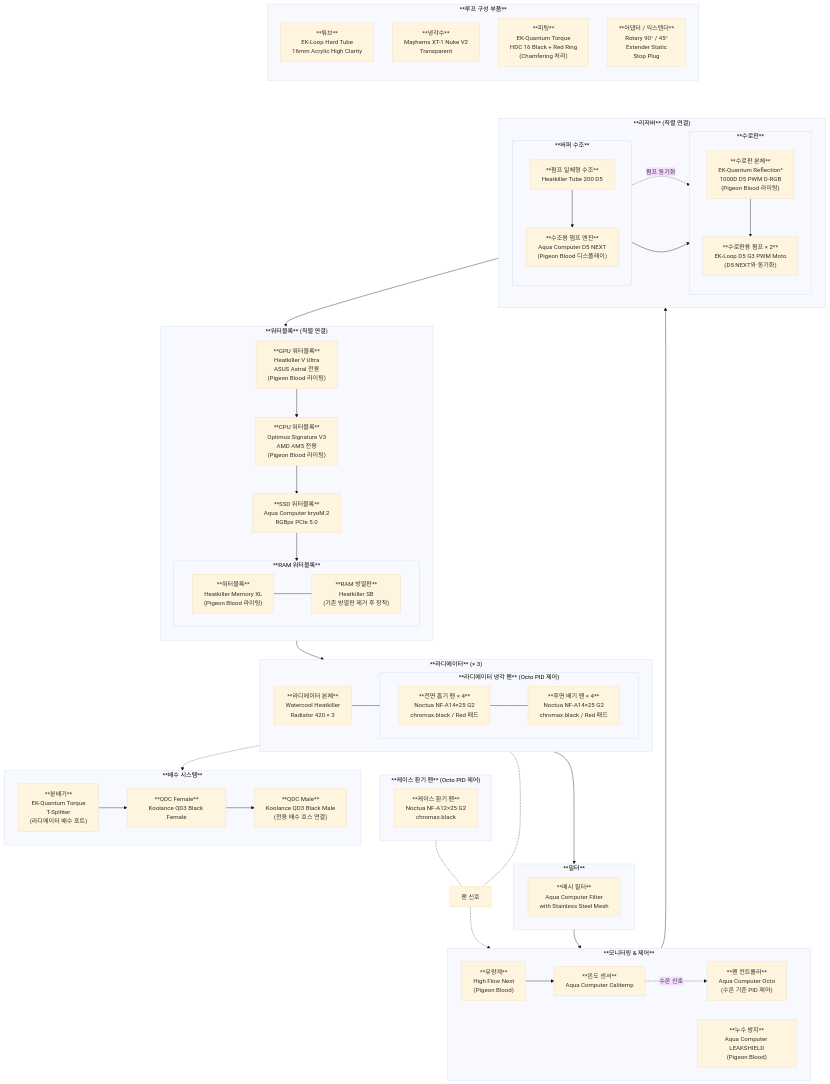
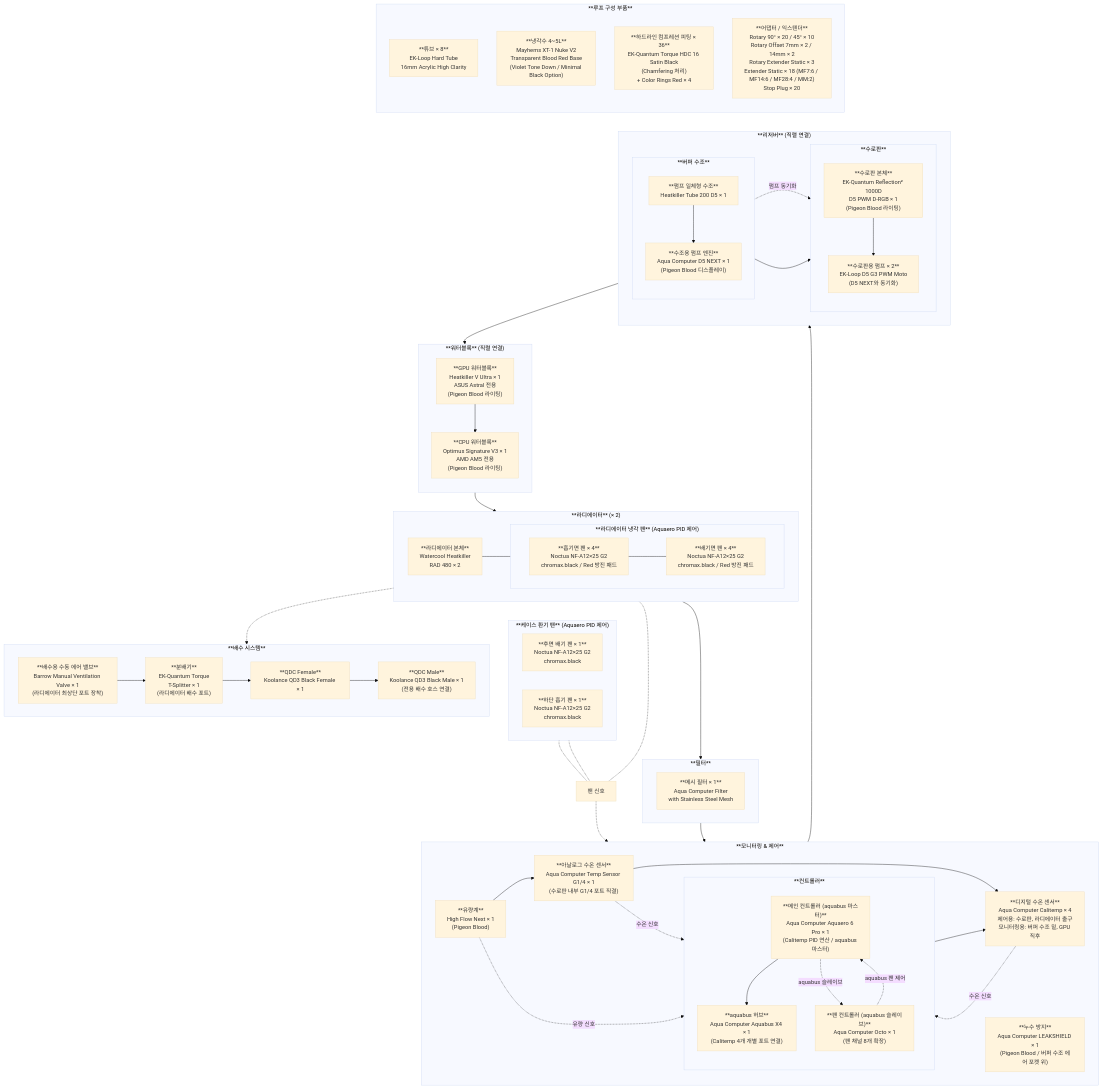
The first of 2 diagrams in content/Rubydian Workstation.md (Rangdy-Kor/sunwooks-idea-atelier), drawn with Mermaid before and after one commit. The commit also changed other lines of this file and 8 other files, not shown here.

````diff
--- a/content/Rubydian Workstation.md
+++ b/content/Rubydian Workstation.md
@@ -142,38 +136,46 @@
 ```mermaid
-%%{ 
-  init: { 
+%%{
+  init: {
     'theme': 'base',
-    'themeVariables': { 
-      'fontSize': '16px',
-      'nodeSpacing': 50,
-      'rankSpacing': 40,
+    'themeVariables': {
+      'fontSize': '15px',
+      'nodeSpacing': 40,
+      'rankSpacing': 35,
       'curve': 'basis'
     }
   }
 }%%
 
-
 flowchart TD
 
 subgraph Monitoring["**모니터링 & 제어**"]
     direction LR
-    Octo["**팬 컨트롤러**<br>Aqua Computer Octo<br>(수온 기준 PID 제어)"]
-    FlowMeter["**유량계**<br>High Flow Next<br>(Pigeon Blood)"]
-    TempSensor["**온도 센서**<br>Aqua Computer Calitemp"]
-    LeakShield["**누수 방지**<br>Aqua Computer LEAKSHIELD<br>(Pigeon Blood)"]
+    subgraph Controllers["**컨트롤러**"]
+        direction TB
+        Aquaero["**메인 컨트롤러 (aquabus 마스터)**<br>Aqua Computer Aquaero 6 Pro × 1<br>(Calitemp PID 연산 / aquabus 마스터)"]
+        AquabusX4["**aquabus 허브**<br>Aqua Computer Aquabus X4 × 1<br>(Calitemp 4개 개별 포트 연결)"]
+        Octo["**팬 컨트롤러 (aquabus 슬레이브)**<br>Aqua Computer Octo × 1<br>(팬 채널 8개 확장)"]
+        Aquaero --> AquabusX4
+        Aquaero -. "aquabus 슬레이브" .-> Octo
+    end
+    FlowMeter["**유량계**<br>High Flow Next × 1<br>(Pigeon Blood)"]
+    TempAnalog["**아날로그 수온 센서**<br>Aqua Computer Temp Sensor G1/4 × 1<br>(수로판 내부 G1/4 포트 직결)"]
+    TempDigital["**디지털 수온 센서**<br>Aqua Computer Calitemp × 4<br>제어용: 수로판, 라디에이터 출구<br>모니터링용: 버퍼 수조 밑, GPU 직후"]
+    LeakShield["**누수 방지**<br>Aqua Computer LEAKSHIELD × 1<br>(Pigeon Blood / 버퍼 수조 에어 포켓 위)"]
+    AquabusX4 --> TempDigital
 end
 
 subgraph Reservoir["**리저버** (직렬 연결)"]
     subgraph Buffer["**버퍼 수조**"]
         direction TB
-        BufferReservoir["**펌프 일체형 수조**<br>Heatkiller Tube 200 D5"] --> ReservoirPump["**수조용 펌프 엔진**<br>Aqua Computer D5 NEXT<br>(Pigeon Blood 디스플레이)"]
+        BufferReservoir["**펌프 일체형 수조**<br>Heatkiller Tube 200 D5 × 1"] --> ReservoirPump["**수조용 펌프 엔진**<br>Aqua Computer D5 NEXT × 1<br>(Pigeon Blood 디스플레이)"]
     end
 
     Buffer --> DestroPlate
 
     subgraph DestroPlate["**수로판**"]
         direction TB
-        DestroPlateMain["**수로판 본체**<br>EK-Quantum Reflection²<br>1000D D5 PWM D-RGB<br>(Pigeon Blood 라이팅)"] --> DestroPlatePump["**수로판용 펌프 × 2**<br>EK-Loop D5 G3 PWM Moto<br>(D5 NEXT와 동기화)"]
+        DestroPlateMain["**수로판 본체**<br>EK-Quantum Reflection² 1000D<br>D5 PWM D-RGB × 1<br>(Pigeon Blood 라이팅)"] --> DestroPlatePump["**수로판용 펌프 × 2**<br>EK-Loop D5 G3 PWM Moto<br>(D5 NEXT와 동기화)"]
     end
 end
 
@@ -183,74 +185,75 @@
 
 subgraph Waterblock["**워터블록** (직렬 연결)"]
     direction TB
-    GPU["**GPU 워터블록**<br>Heatkiller V Ultra<br>ASUS Astral 전용<br>(Pigeon Blood 라이팅)"]
-    CPU["**CPU 워터블록**<br>Optimus Signature V3<br>AMD AM5 전용<br>(Pigeon Blood 라이팅)"]
-    SSD["**SSD 워터블록**<br>Aqua Computer kryoM.2<br>RGBpx PCIe 5.0"]
-    subgraph RAMBlock["**RAM 워터블록**"]
-        RAM["**워터블록**<br>Heatkiller Memory XL<br>(Pigeon Blood 라이팅)"]
-        RAMSB["**RAM 방열판**<br>Heatkiller SB<br>(기존 방열판 제거 후 장착)"]
-        RAM --- RAMSB
-    end
-    GPU --> CPU --> SSD --> RAMBlock
+    GPU["**GPU 워터블록**<br>Heatkiller V Ultra × 1<br>ASUS Astral 전용<br>(Pigeon Blood 라이팅)"]
+    CPU["**CPU 워터블록**<br>Optimus Signature V3 × 1<br>AMD AM5 전용<br>(Pigeon Blood 라이팅)"]
+    GPU --> CPU
 end
 
 Waterblock --> Radiators
 
-subgraph Radiators["**라디에이터** (× 3)"]
+subgraph Radiators["**라디에이터** (× 2)"]
     direction LR
-    RadMain["**라디에이터 본체**<br>Watercool Heatkiller<br>Radiator 420 × 3"]
-    subgraph Fans["**라디에이터 냉각 팬** (Octo PID 제어)"]
+    RadMain["**라디에이터 본체**<br>Watercool Heatkiller<br>RAD 480 × 2"]
+    subgraph Fans["**라디에이터 냉각 팬** (Aquaero PID 제어)"]
         direction LR
-        FanFront["**전면 흡기 팬 × 4**<br>Noctua NF-A14×25 G2<br>chromax.black / Red 패드"]
-        FanRear["**후면 배기 팬 × 4**<br>Noctua NF-A14×25 G2<br>chromax.black / Red 패드"]
+        FanFront["**흡기면 팬 × 4**<br>Noctua NF-A12×25 G2<br>chromax.black / Red 방진 패드"]
+        FanRear["**배기면 팬 × 4**<br>Noctua NF-A12×25 G2<br>chromax.black / Red 방진 패드"]
         FanFront --- FanRear
     end
     RadMain --- Fans
 end
 
-subgraph CaseFans["**케이스 환기 팬** (Octo PID 제어)"]
-	direction LR
-    FanCase["**케이스 환기 팬**<br>Noctua NF-A12×25 G2<br>chromax.black"]
+subgraph CaseFans["**케이스 환기 팬** (Aquaero PID 제어)"]
+    direction LR
+    FanCaseRear["**후면 배기 팬 × 1**<br>Noctua NF-A12×25 G2<br>chromax.black"]
+    FanCaseBottom["**하단 흡기 팬 × 1**<br>Noctua NF-A12×25 G2<br>chromax.black"]
 end
 
 Fans -.- P1["팬 신호"]
-FanCase -.- P1
+FanCaseRear -.- P1
+FanCaseBottom -.- P1
 P1 -.-> Octo
+Octo -. "aquabus 팬 제어" .-> Aquaero
 
-Fans ~~~ FanCase
+Fans ~~~ CaseFans
 
 Radiators --> Filter
 
 subgraph Filter["**필터**"]
-    FilterMain["**메시 필터**<br>Aqua Computer Filter<br>with Stainless Steel Mesh"]
+    FilterMain["**메시 필터 × 1**<br>Aqua Computer Filter<br>with Stainless Steel Mesh"]
 end
 
 Filter --> FlowMeter
-FlowMeter --> TempSensor
-TempSensor --> Reservoir
+FlowMeter --> TempAnalog
+TempAnalog --> TempDigital
+TempDigital --> Reservoir
 
-TempSensor -. "수온 신호" .-> Octo
+TempDigital -. "수온 신호" .-> Aquaero
+TempAnalog -. "수온 신호" .-> Aquaero
+FlowMeter -. "유량 신호" .-> Aquaero
 
 subgraph Drain["**배수 시스템**"]
-    TSplitter["**분배기**<br>EK-Quantum Torque<br>T-Splitter<br>(라디에이터 배수 포트)"]
-    QDC_F["**QDC Female**<br>Koolance QD3 Black Female"]
-    QDC_M["**QDC Male**<br>Koolance QD3 Black Male<br>(전용 배수 호스 연결)"]
-    TSplitter --> QDC_F --> QDC_M
+    AirValve["**배수용 수동 에어 밸브**<br>Barrow Manual Ventilation Valve × 1<br>(라디에이터 최상단 포트 장착)"]
+    TSplitter["**분배기**<br>EK-Quantum Torque<br>T-Splitter × 1<br>(라디에이터 배수 포트)"]
+    QDC_F["**QDC Female**<br>Koolance QD3 Black Female × 1"]
+    QDC_M["**QDC Male**<br>Koolance QD3 Black Male × 1<br>(전용 배수 호스 연결)"]
+    AirValve --> TSplitter --> QDC_F --> QDC_M
 end
 
 Radiators -.-> Drain
 
 subgraph Loop_Parts["**루프 구성 부품**"]
     direction TB
-	Tube["**튜브**<br>EK-Loop Hard Tube<br>16mm Acrylic High Clarity"]
-	Coolant["**냉각수**<br>Mayhems XT-1 Nuke V2<br>Transparent"]
-	Fittings["**피팅**<br>EK-Quantum Torque<br>HDC 16 Black + Red Ring<br>(Chamfering 처리)"]
-	Adapters["**어댑터 / 익스텐더**<br>Rotary 90° / 45°<br>Extender Static<br>Stop Plug"]
-	
+    Tube["**튜브 × 8**<br>EK-Loop Hard Tube<br>16mm Acrylic High Clarity"]
+    Coolant["**냉각수 4~5L**<br>Mayhems XT-1 Nuke V2<br>Transparent Blood Red Base<br>(Violet Tone Down / Minimal Black Option)"]
+    Fittings["**하드라인 컴프레션 피팅 × 36**<br>EK-Quantum Torque HDC 16 Satin Black<br>(Chamfering 처리)<br>+ Color Rings Red × 4"]
+    Adapters["**어댑터 / 익스텐더**<br>Rotary 90° × 20 / 45° × 10<br>Rotary Offset 7mm × 2 / 14mm × 2<br>Rotary Extender Static × 3<br>Extender Static × 18 (MF7:6 / MF14:6 / MF28:4 / MM:2)<br>Stop Plug × 20"]
 end
+
 Monitoring ~~~ Reservoir
 Waterblock ~~~ Reservoir
 Radiators ~~~ Reservoir
-Loop_Parts ~~~~ Reservoir
+Loop_Parts ~~~ Reservoir
 Loop_Parts ~~~ Waterblock
 ```
````
